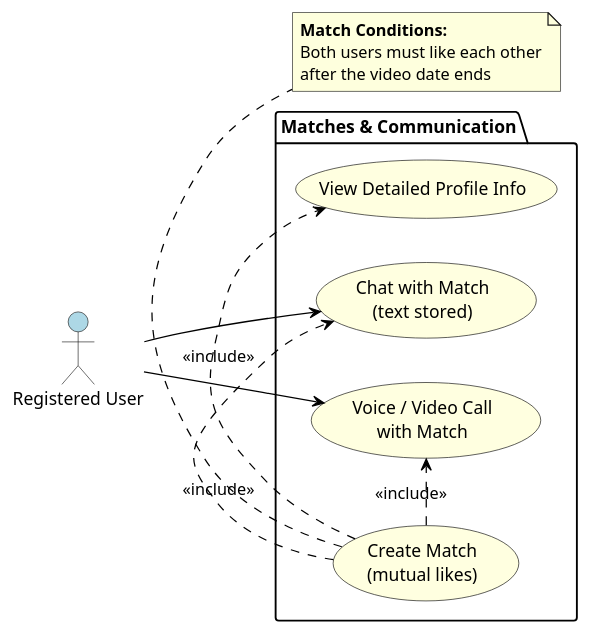
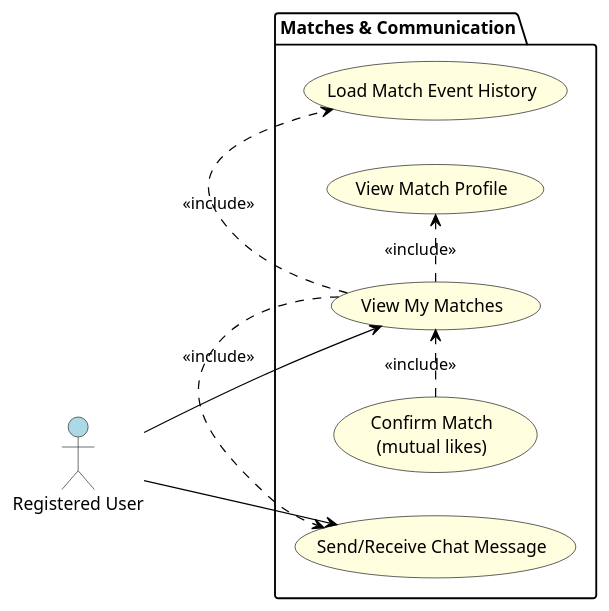
The diagram in docs/usecase4.puml (Bernat00/Vidate), drawn with PlantUML before and after one commit. The commit also changed 9 other files, not shown here.

```diff
--- a/docs/usecase4.puml
+++ b/docs/usecase4.puml
@@ -1,35 +1,31 @@
 @startuml
 left to right direction
 skinparam usecase {
   BorderColor Black
   BackgroundColor LightYellow
   ArrowColor Black
 }
 skinparam actor {
   BackgroundColor LightBlue
 }
 
 /' Actors '/
 actor "Registered User" as User
 
 /' Layer 4: Matches & Communication '/
 package "Matches & Communication" {
-  usecase "Create Match\n(mutual likes)" as UC_CreateMatch
-  usecase "View Detailed Profile Info" as UC_ViewDetailedAfterCall
-  usecase "Chat with Match\n(text stored)" as UC_Chat
-  usecase "Voice / Video Call\nwith Match" as UC_CallMatch
+  usecase "Confirm Match\n(mutual likes)" as UC_ConfirmMatch
+  usecase "View My Matches" as UC_ViewMatches
+  usecase "View Match Profile" as UC_ViewMatchProfile
+  usecase "Load Match Event History" as UC_LoadEvents
+  usecase "Send/Receive Chat Message" as UC_Chat
 
-  UC_CreateMatch .> UC_ViewDetailedAfterCall : <<include>>
-  UC_CreateMatch .> UC_Chat : <<include>>
-  UC_CreateMatch .> UC_CallMatch : <<include>>
+  UC_ConfirmMatch .> UC_ViewMatches : <<include>>
+  UC_ViewMatches .> UC_ViewMatchProfile : <<include>>
+  UC_ViewMatches .> UC_LoadEvents : <<include>>
+  UC_ViewMatches .> UC_Chat : <<include>>
 }
 
+User --> UC_ViewMatches
 User --> UC_Chat
-User --> UC_CallMatch
-
-note bottom of UC_CreateMatch
-  **Match Conditions:**
-  Both users must like each other
-  after the video date ends
-end note
 @enduml
```
